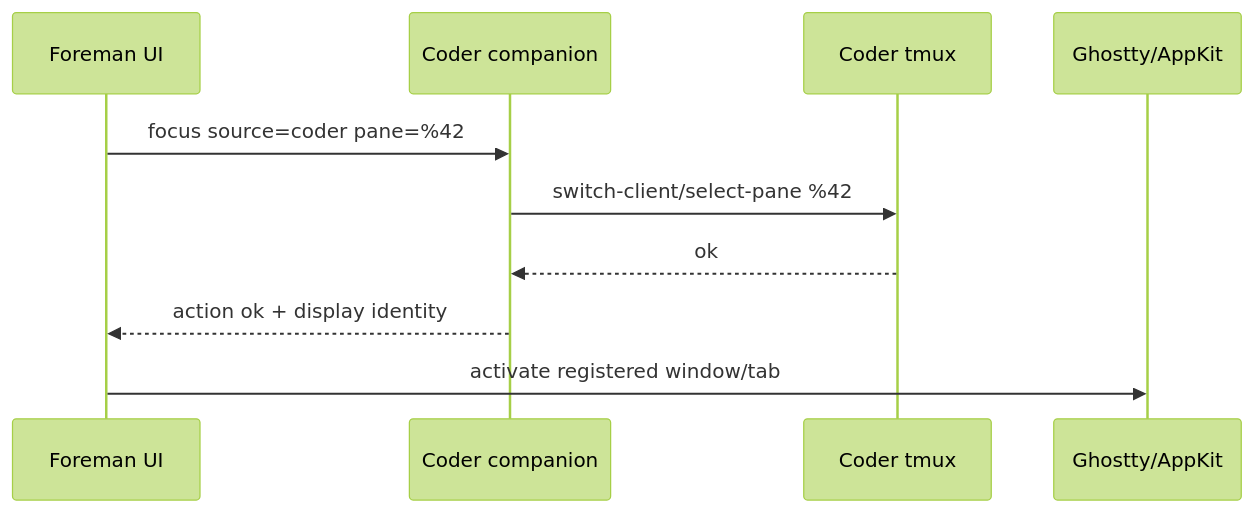
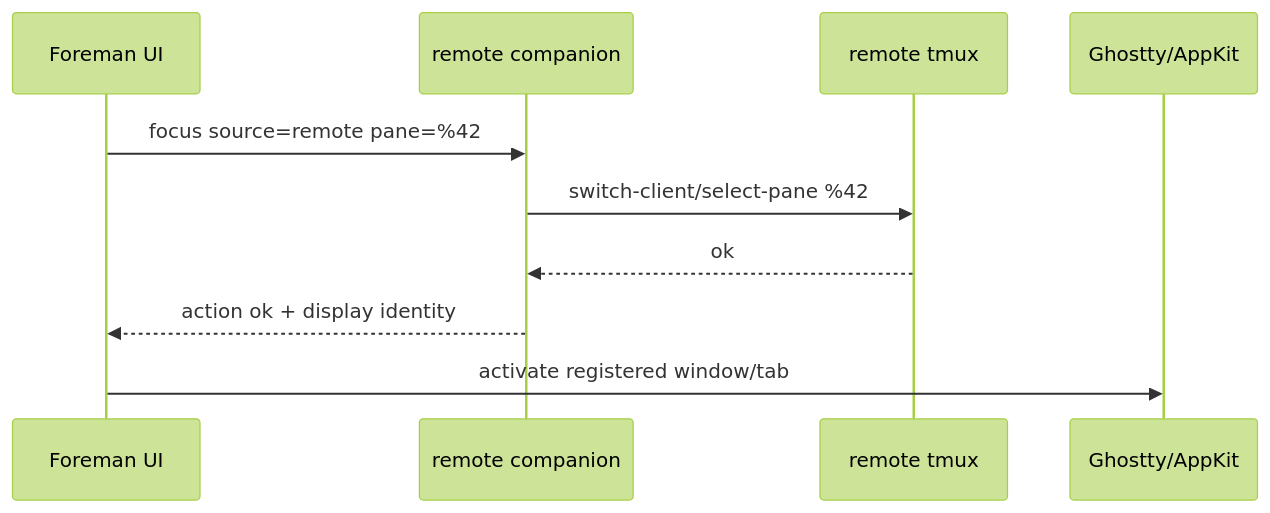
The eighth of 8 diagrams in docs/decisions/0004-source-companion-relay.md (safurrier/foreman), drawn with Mermaid (forest theme) before and after one commit. The commit also changed other lines of this file and 26 other files, not shown here.

First line of the commit message:
Add source companion transport and prewarmer support

````diff
--- a/docs/decisions/0004-source-companion-relay.md
+++ b/docs/decisions/0004-source-companion-relay.md
@@ -463,13 +492,13 @@
 ```mermaid
 sequenceDiagram
     participant UI as Foreman UI
-    participant Companion as Coder companion
-    participant Tmux as Coder tmux
+    participant Companion as remote companion
+    participant Tmux as remote tmux
     participant Display as Ghostty/AppKit
 
-    UI->>Companion: focus source=coder pane=%42
+    UI->>Companion: focus source=remote pane=%42
     Companion->>Tmux: switch-client/select-pane %42
     Tmux-->>Companion: ok
     Companion-->>UI: action ok + display identity
     UI->>Display: activate registered window/tab
 ```
````
